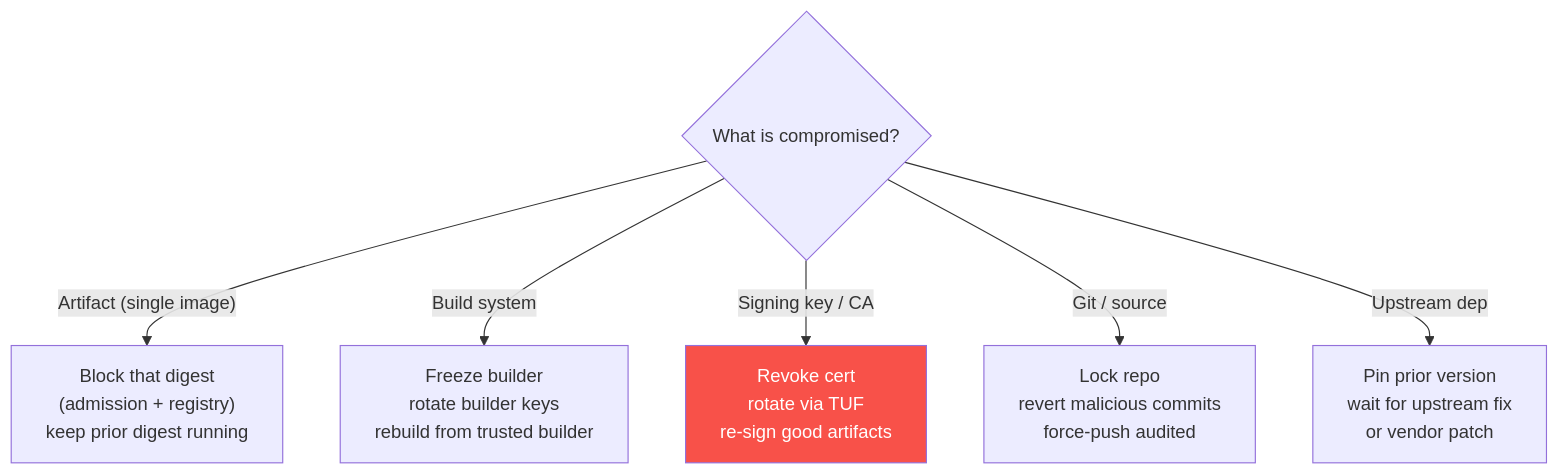
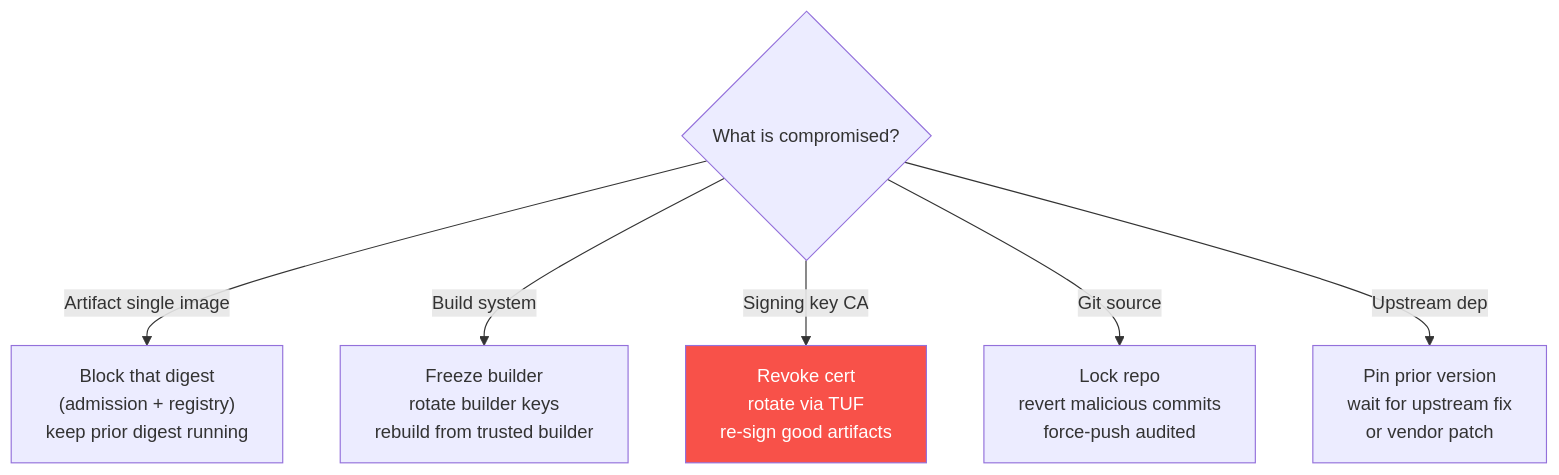
The sixth of 7 diagrams in book-08-governance-ir/ch06-incident-response.md (bumbsclaw/textbooks), drawn with Mermaid before and after one commit. The commit also changed other lines of this file and 173 other files, not shown here.

First line of the commit message:
fix(mermaid): close note brackets, semicolons in Notes, stateDiagram br -> dash, edge parens

````diff
--- a/book-08-governance-ir/ch06-incident-response.md
+++ b/book-08-governance-ir/ch06-incident-response.md
@@ -628,10 +628,10 @@
 ```mermaid
 flowchart TD
   Q1{"What is compromised?"}
-  Q1 -->|"Artifact (single image)"| A1["Block that digest<br/>(admission + registry)<br/>keep prior digest running"]
+  Q1 -->|"Artifact single image "| A1["Block that digest<br/>(admission + registry)<br/>keep prior digest running"]
   Q1 -->|"Build system"| A2["Freeze builder<br/>rotate builder keys<br/>rebuild from trusted builder"]
-  Q1 -->|"Signing key / CA"| A3["Revoke cert<br/>rotate via TUF<br/>re-sign good artifacts"]
-  Q1 -->|"Git / source"| A4["Lock repo<br/>revert malicious commits<br/>force-push audited"]
+  Q1 -->|"Signing key CA"| A3["Revoke cert<br/>rotate via TUF<br/>re-sign good artifacts"]
+  Q1 -->|"Git source"| A4["Lock repo<br/>revert malicious commits<br/>force-push audited"]
   Q1 -->|"Upstream dep"| A5["Pin prior version<br/>wait for upstream fix<br/>or vendor patch"]
   style A3 fill:#f85149,color:#fff
 ```
````
